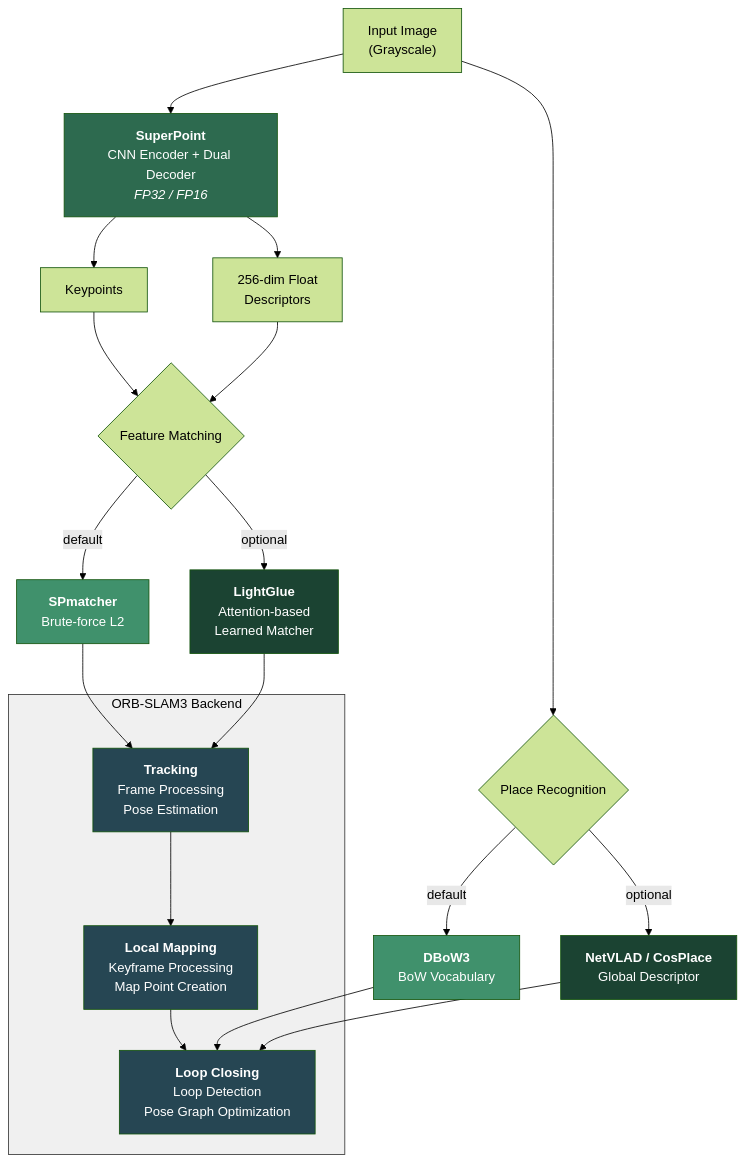
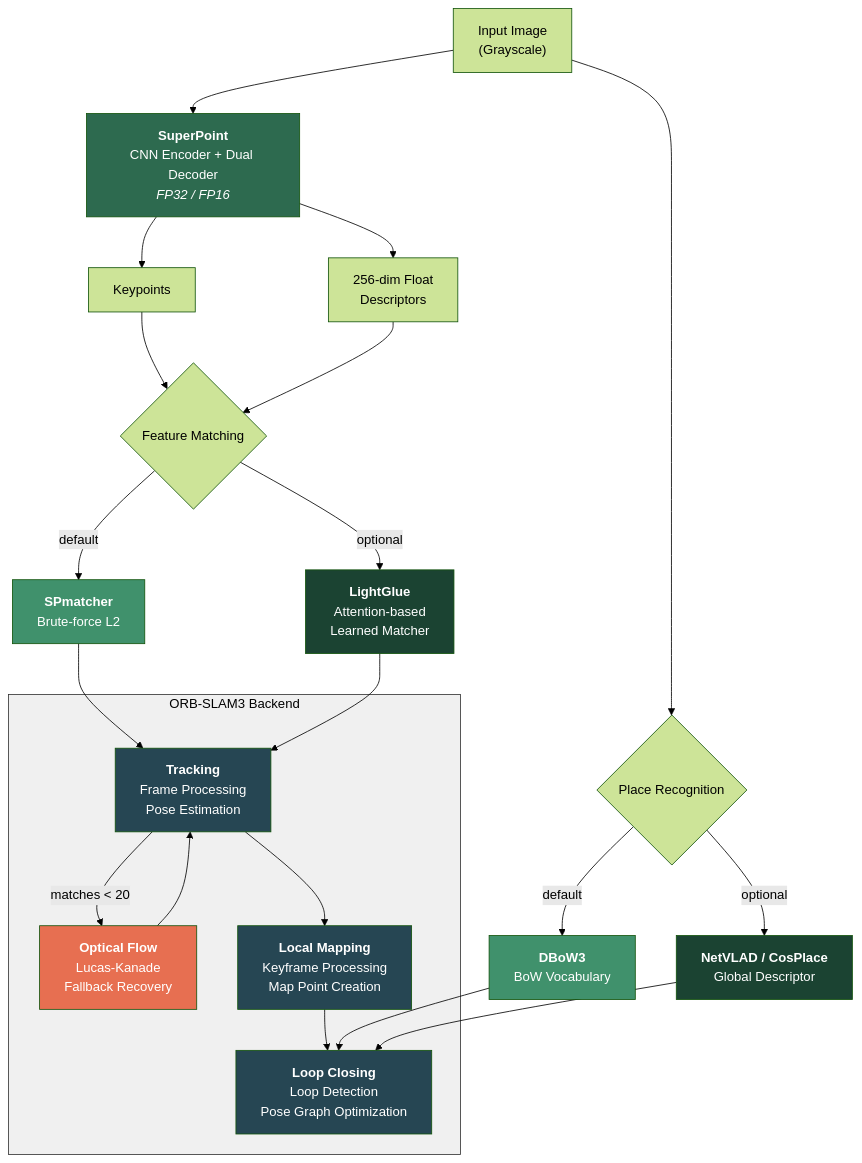
The diagram in README.md (fthbng77/SP_SLAM3), drawn with Mermaid (forest theme) before and after one commit. The commit also changed other lines of this file and 3 other files, not shown here.

````diff
--- a/README.md
+++ b/README.md
@@ -351,40 +351,41 @@
 ```mermaid
 graph TD
     A["Input Image<br/>(Grayscale)"] --> B["<b>SuperPoint</b><br/>CNN Encoder + Dual Decoder<br/><i>FP32 / FP16</i>"]
 
     B --> K["Keypoints"]
     B --> D["256-dim Float<br/>Descriptors"]
 
     K --> M{Feature Matching}
     D --> M
 
     M -- "default" --> SP["<b>SPmatcher</b><br/>Brute-force L2"]
     M -- "optional" --> LG["<b>LightGlue</b><br/>Attention-based<br/>Learned Matcher"]
 
     SP --> T
     LG --> T
 
     subgraph SLAM ["ORB-SLAM3 Backend"]
         T["<b>Tracking</b><br/>Frame Processing<br/>Pose Estimation"]
-        LM["<b>Local Mapping</b><br/>Keyframe Processing<br/>Map Point Creation"]
-        LC["<b>Loop Closing</b><br/>Loop Detection<br/>Pose Graph Optimization"]
-
-        T --> LM --> LC
+        T -- "matches < 20" --> OF["<b>Optical Flow</b><br/>Lucas-Kanade<br/>Fallback Recovery"]
+        OF --> T
+        T --> LM["<b>Local Mapping</b><br/>Keyframe Processing<br/>Map Point Creation"]
+        LM --> LC["<b>Loop Closing</b><br/>Loop Detection<br/>Pose Graph Optimization"]
     end
 
     A --> PR{Place Recognition}
     PR -- "default" --> DB["<b>DBoW3</b><br/>BoW Vocabulary"]
     PR -- "optional" --> NV["<b>NetVLAD / CosPlace</b><br/>Global Descriptor"]
     DB --> LC
     NV --> LC
 
     style B fill:#2d6a4f,color:#fff
     style LG fill:#1b4332,color:#fff
     style NV fill:#1b4332,color:#fff
     style SP fill:#40916c,color:#fff
     style DB fill:#40916c,color:#fff
+    style OF fill:#e76f51,color:#fff
     style SLAM fill:#f0f0f0,stroke:#333,color:#000
     style T fill:#264653,color:#fff
     style LM fill:#264653,color:#fff
     style LC fill:#264653,color:#fff
 ```
````
